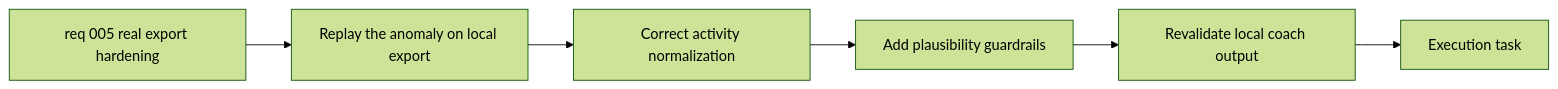
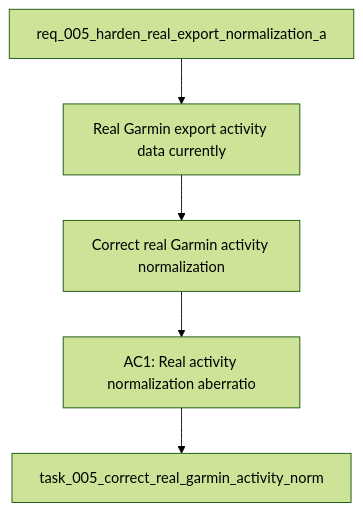
One commit to Jilanos/Coach_garmin changed the diagram in logics/backlog/item_005_correct_real_garmin_activity_normalization_and_coaching_plausibility_on_local_exports.md. Above: the diagram before and after it, drawn with Mermaid (forest theme). The commit also changed 86 other files, not shown here.

Commit message:
Harden chart UX and UTF-8 handling

````diff
--- a/logics/backlog/item_005_correct_real_garmin_activity_normalization_and_coaching_plausibility_on_local_exports.md
+++ b/logics/backlog/item_005_correct_real_garmin_activity_normalization_and_coaching_plausibility_on_local_exports.md
@@ -27,10 +27,9 @@
 ```mermaid
 %% logics-kind: backlog
 %% logics-signature: backlog|correct-real-garmin-activity-normalizati|req-005-harden-real-export-normalization|real-garmin-export-activity-data-current|ac1-real-activity-normalization-aberrati
-flowchart LR
-    Request[req 005 real export hardening] --> Replay[Replay the anomaly on local export]
-    Replay --> Normalize[Correct activity normalization]
-    Normalize --> Guardrails[Add plausibility guardrails]
-    Guardrails --> Coach[Revalidate local coach output]
-    Coach --> Task[Execution task]
+flowchart TD
+    Request[req_005_harden_real_export_normalization_a] --> Problem[Real Garmin export activity data currently]
+    Problem --> Scope[Correct real Garmin activity normalization]
+    Scope --> Acceptance[AC1: Real activity normalization aberratio]
+    Acceptance --> Tasks[task_005_correct_real_garmin_activity_norm]
 ```
````
